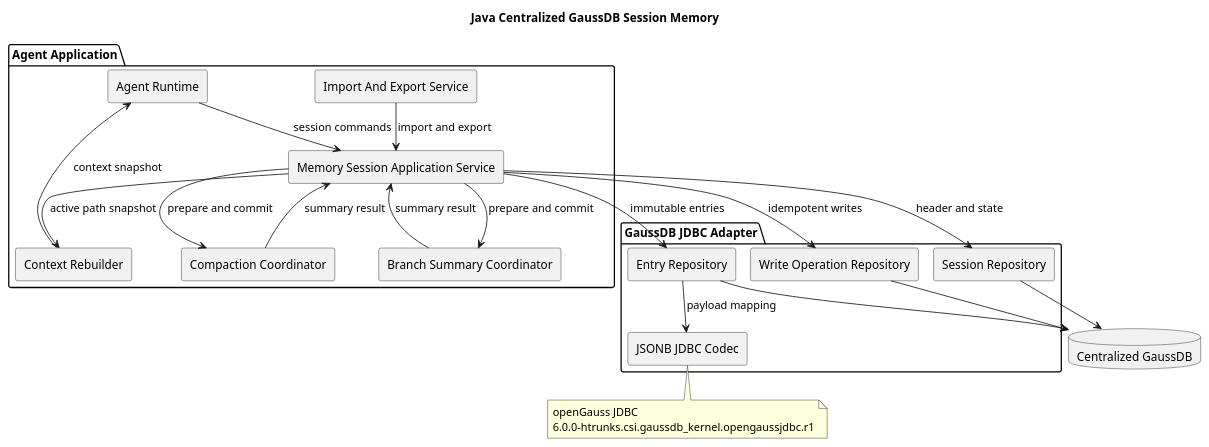
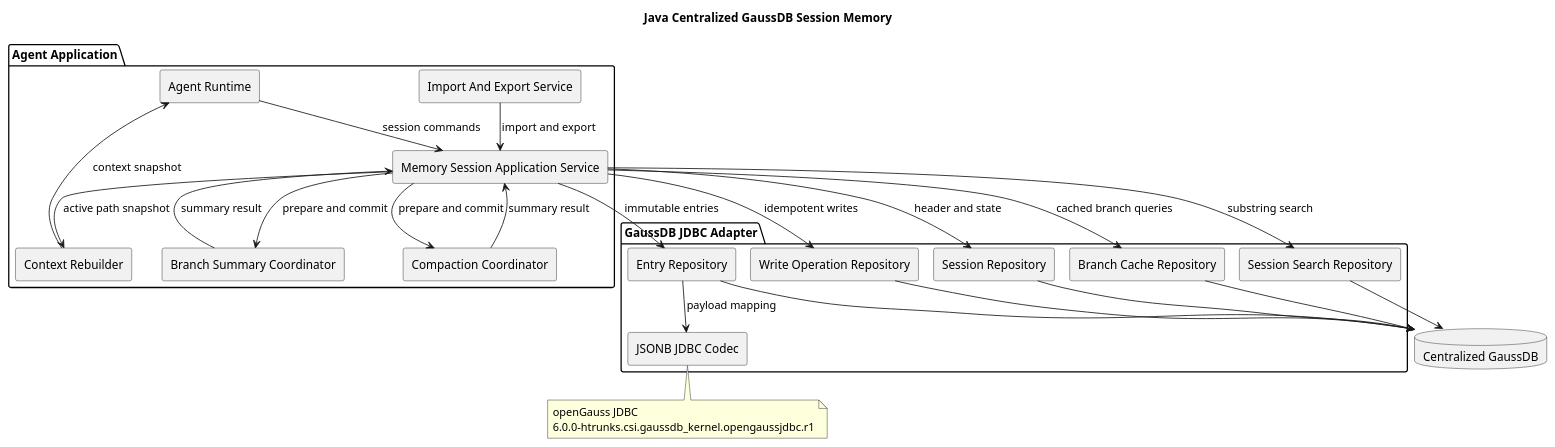
One commit to superheromeZzh/pi-mono-java-design changed the first of 4 diagrams in diagrams/memory/diagram.puml. Above: the diagram before and after it, drawn with PlantUML. The commit also changed other lines of this file and 5 other files, not shown here.

Commit message:
docs(memory): align GaussDB design with SQLite

```diff
--- a/diagrams/memory/diagram.puml
+++ b/diagrams/memory/diagram.puml
@@ -1,55 +1,65 @@
 @startuml memory-architecture
 !pragma layout smetana
 title Java Centralized GaussDB Session Memory
+skinparam backgroundColor #FFFFFF
 skinparam componentStyle rectangle
 
 ' Source evidence:
-' - badlogic/pi-mono@fc85bdd88be93b1e9a6b6bcfa41c684282ec79cc
-' - packages/agent/src/harness/types.ts: SessionStorage and SessionRepo
+' - badlogic/pi-mono@f0deb8dd8e9611e89b5bc4145ca92c03ae6ed4ee
+' - packages/agent/src/harness/types.ts: SessionStorage
+' - packages/agent/src/harness/session/repository.ts: SessionRepository
 ' - packages/agent/src/harness/session/session.ts: Session and buildSessionContext
-' - packages/storage/sqlite-node/src/sqlite/storage/index.ts: SqliteSessionStorage
+' - packages/storage/sqlite-node/src/sqlite/storage/index.ts: SqliteSessionConnection
+' - packages/storage/sqlite-node/src/sqlite/storage/branch-cache.ts: CachedBranch and rebuildCachedBranch
+' - packages/storage/sqlite-node/src/sqlite/search-backend.ts: ensureSearchSchema and search
 ' Observed behavior: pi separates session semantics from storage in the new harness.
 ' Design reason: keep context semantics in Java and make GaussDB the durable source.
-' Java divergence: JDBC transactions, revisions, and idempotency are target-only.
+' Java divergence: JDBC revisions and idempotency are target-only; session storage behavior aligns with SQLite.
 ' Product constraint: this design has no tenant model or cross-session memory.
 
 package "Agent Application" {
   [Agent Runtime] as runtime
   [Memory Session Application Service] as memory
   [Context Rebuilder] as context
   [Compaction Coordinator] as compact
   [Branch Summary Coordinator] as branch
   [Import And Export Service] as migration
 }
 
 package "GaussDB JDBC Adapter" {
   [Session Repository] as sessionRepo
   [Entry Repository] as entryRepo
+  [Branch Cache Repository] as branchRepo
+  [Session Search Repository] as searchRepo
   [Write Operation Repository] as operationRepo
   [JSONB JDBC Codec] as jsonCodec
 }
 
 database "Centralized GaussDB" as db
 
 runtime --> memory : session commands
 memory --> context : active path snapshot
 memory --> compact : prepare and commit
 memory --> branch : prepare and commit
 migration --> memory : import and export
 memory --> sessionRepo : header and state
 memory --> entryRepo : immutable entries
+memory --> branchRepo : cached branch queries
+memory --> searchRepo : substring search
 memory --> operationRepo : idempotent writes
 entryRepo --> jsonCodec : payload mapping
 sessionRepo --> db
 entryRepo --> db
+branchRepo --> db
+searchRepo --> db
 operationRepo --> db
 compact --> memory : summary result
 branch --> memory : summary result
 context --> runtime : context snapshot
 
 note bottom of jsonCodec
 openGauss JDBC
 6.0.0-htrunks.csi.gaussdb_kernel.opengaussjdbc.r1
 end note
 
 @enduml
```
